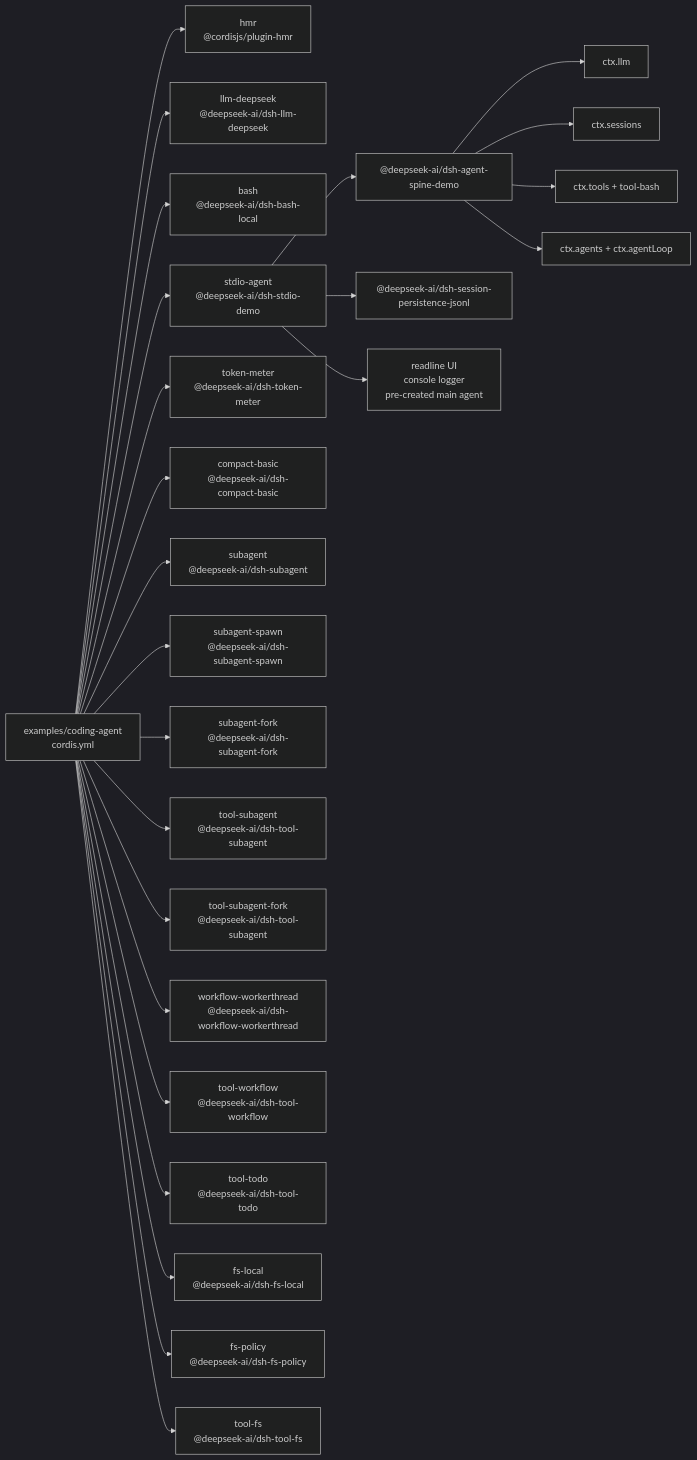
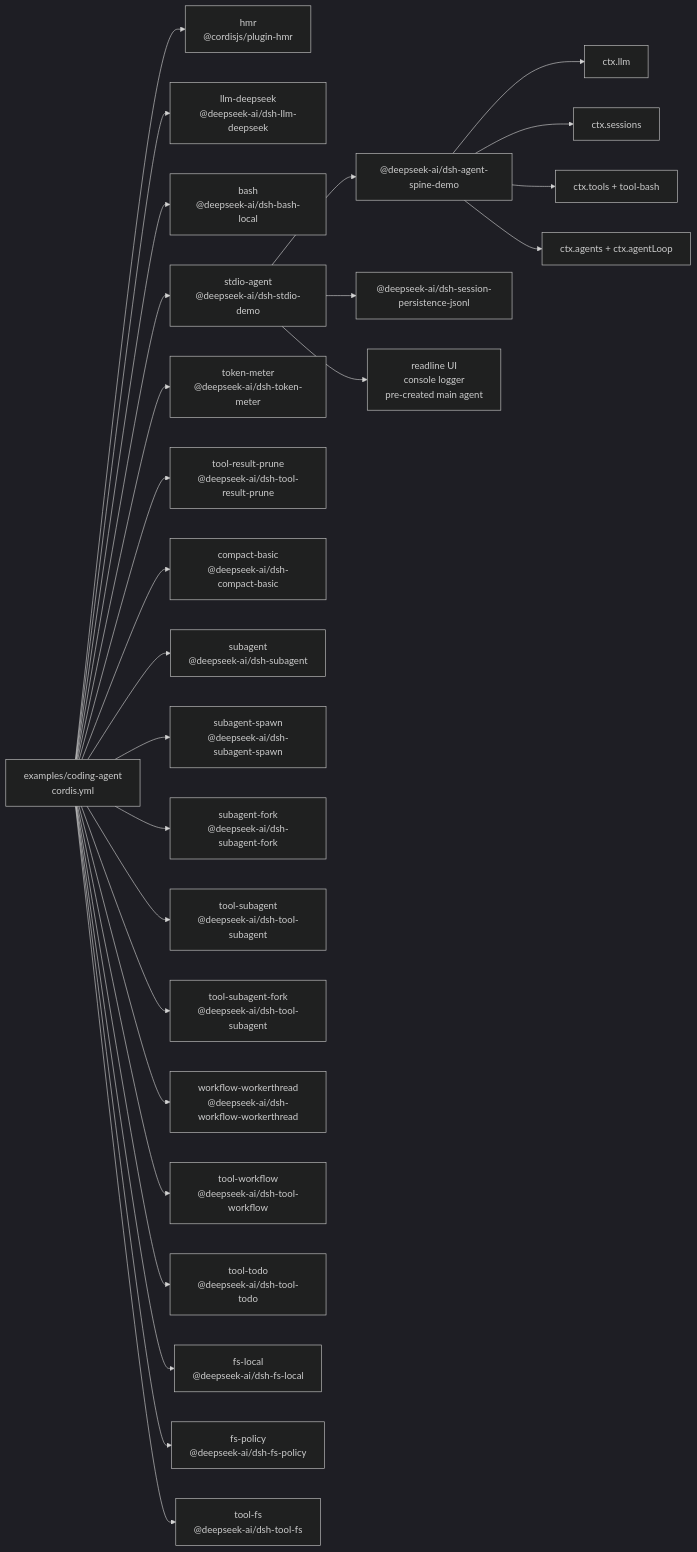
The diagram in examples/coding-agent/composition.md (007M7/DeepCode), drawn with Mermaid (dark theme) before and after one commit. The commit also changed other lines of this file and 39 other files, not shown here.

Commit message:
feat(compact): prune tool results before summarization (round 1)

````diff
--- a/examples/coding-agent/composition.md
+++ b/examples/coding-agent/composition.md
@@ -8,45 +8,47 @@
 ```mermaid
 flowchart LR
   cfg["examples/coding-agent<br/>cordis.yml"]
   plugin_coding_hmr["hmr<br/>@cordisjs/plugin-hmr"]
   cfg --> plugin_coding_hmr
   plugin_coding_llm_deepseek["llm-deepseek<br/>@deepseek-ai/dsh-llm-deepseek"]
   cfg --> plugin_coding_llm_deepseek
   plugin_coding_bash["bash<br/>@deepseek-ai/dsh-bash-local"]
   cfg --> plugin_coding_bash
   plugin_coding_stdio_agent["stdio-agent<br/>@deepseek-ai/dsh-stdio-demo"]
   cfg --> plugin_coding_stdio_agent
   plugin_coding_stdio_agent --> bundle_agent_core["@deepseek-ai/dsh-agent-spine-demo"]
   plugin_coding_stdio_agent --> bundle_jsonl["@deepseek-ai/dsh-session-persistence-jsonl"]
   plugin_coding_stdio_agent --> frontdoor_stdio["readline UI<br/>console logger<br/>pre-created main agent"]
   bundle_agent_core --> spine_llm["ctx.llm"]
   bundle_agent_core --> spine_sessions["ctx.sessions"]
   bundle_agent_core --> spine_tools["ctx.tools + tool-bash"]
   bundle_agent_core --> spine_loop["ctx.agents + ctx.agentLoop"]
   plugin_coding_token_meter["token-meter<br/>@deepseek-ai/dsh-token-meter"]
   cfg --> plugin_coding_token_meter
+  plugin_coding_tool_result_prune["tool-result-prune<br/>@deepseek-ai/dsh-tool-result-prune"]
+  cfg --> plugin_coding_tool_result_prune
   plugin_coding_compact_basic["compact-basic<br/>@deepseek-ai/dsh-compact-basic"]
   cfg --> plugin_coding_compact_basic
   plugin_coding_subagent["subagent<br/>@deepseek-ai/dsh-subagent"]
   cfg --> plugin_coding_subagent
   plugin_coding_subagent_spawn["subagent-spawn<br/>@deepseek-ai/dsh-subagent-spawn"]
   cfg --> plugin_coding_subagent_spawn
   plugin_coding_subagent_fork["subagent-fork<br/>@deepseek-ai/dsh-subagent-fork"]
   cfg --> plugin_coding_subagent_fork
   plugin_coding_tool_subagent["tool-subagent<br/>@deepseek-ai/dsh-tool-subagent"]
   cfg --> plugin_coding_tool_subagent
   plugin_coding_tool_subagent_fork["tool-subagent-fork<br/>@deepseek-ai/dsh-tool-subagent"]
   cfg --> plugin_coding_tool_subagent_fork
   plugin_coding_workflow_workerthread["workflow-workerthread<br/>@deepseek-ai/dsh-workflow-workerthread"]
   cfg --> plugin_coding_workflow_workerthread
   plugin_coding_tool_workflow["tool-workflow<br/>@deepseek-ai/dsh-tool-workflow"]
   cfg --> plugin_coding_tool_workflow
   plugin_coding_tool_todo["tool-todo<br/>@deepseek-ai/dsh-tool-todo"]
   cfg --> plugin_coding_tool_todo
   plugin_coding_fs_local["fs-local<br/>@deepseek-ai/dsh-fs-local"]
   cfg --> plugin_coding_fs_local
   plugin_coding_fs_policy["fs-policy<br/>@deepseek-ai/dsh-fs-policy"]
   cfg --> plugin_coding_fs_policy
   plugin_coding_tool_fs["tool-fs<br/>@deepseek-ai/dsh-tool-fs"]
   cfg --> plugin_coding_tool_fs
 ```
````
